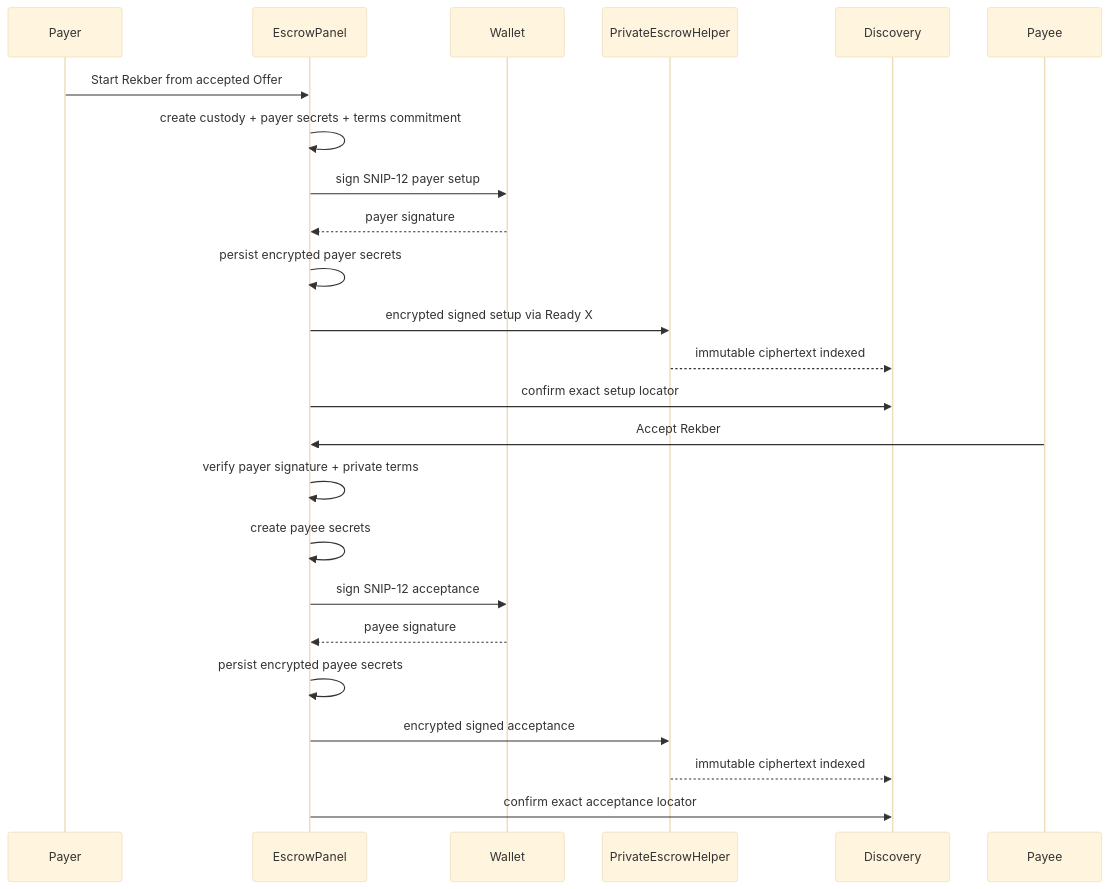
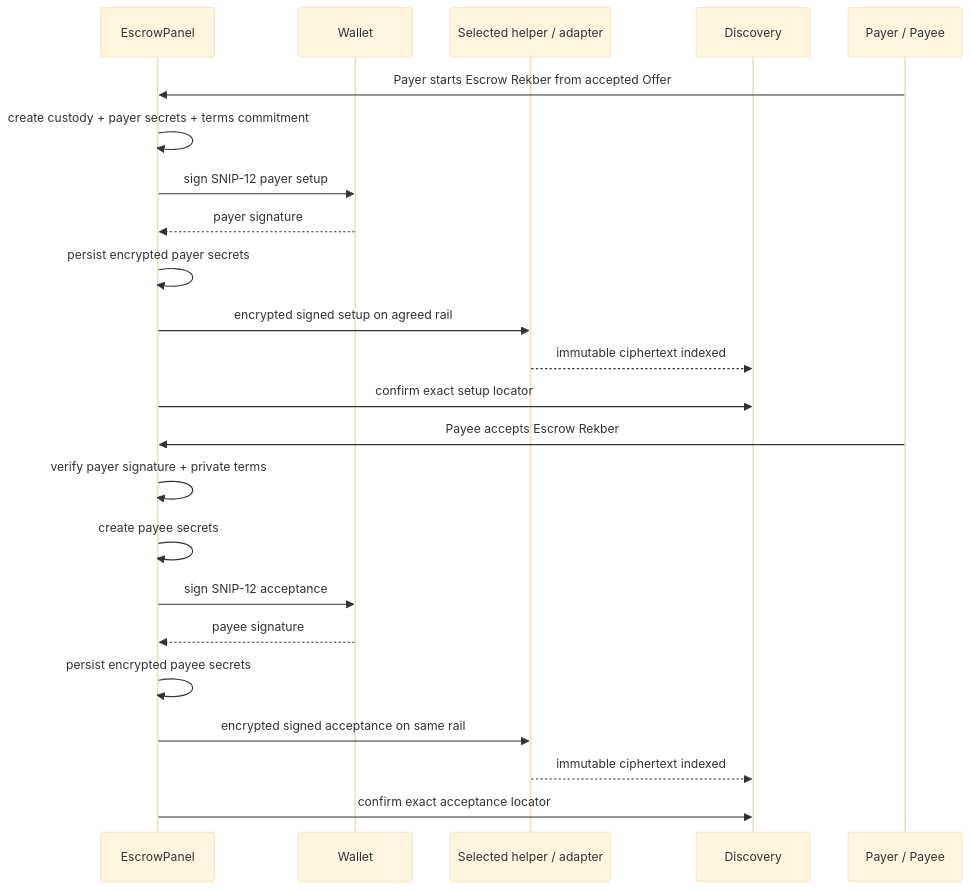
One commit to DXJLabs/vinss changed the fourth of 10 diagrams in docs/technical/frontend/escrow-rekber.md. Above: the diagram before and after it, drawn with Mermaid (base theme). The commit also changed other lines of this file and 14 other files, not shown here.

Commit message:
Clarify Escrow Rekber UI, verify dual-rail lifecycle and refresh architecture diagrams

````diff
--- a/docs/technical/frontend/escrow-rekber.md
+++ b/docs/technical/frontend/escrow-rekber.md
@@ -2133,28 +2187,27 @@
 ```mermaid
 sequenceDiagram
-    participant P as Payer
     participant UI as EscrowPanel
     participant W as Wallet
-    participant H as PrivateEscrowHelper
+    participant H as Selected helper / adapter
     participant B as Discovery
-    participant E as Payee
+    participant A as Payer / Payee
 
-    P->>UI: Start Rekber from accepted Offer
+    A->>UI: Payer starts Escrow Rekber from accepted Offer
     UI->>UI: create custody + payer secrets + terms commitment
     UI->>W: sign SNIP-12 payer setup
     W-->>UI: payer signature
     UI->>UI: persist encrypted payer secrets
-    UI->>H: encrypted signed setup via Ready X
+    UI->>H: encrypted signed setup on agreed rail
     H-->>B: immutable ciphertext indexed
     UI->>B: confirm exact setup locator
 
-    E->>UI: Accept Rekber
+    A->>UI: Payee accepts Escrow Rekber
     UI->>UI: verify payer signature + private terms
     UI->>UI: create payee secrets
     UI->>W: sign SNIP-12 acceptance
     W-->>UI: payee signature
     UI->>UI: persist encrypted payee secrets
-    UI->>H: encrypted signed acceptance
+    UI->>H: encrypted signed acceptance on same rail
     H-->>B: immutable ciphertext indexed
     UI->>B: confirm exact acceptance locator
 ```
````
